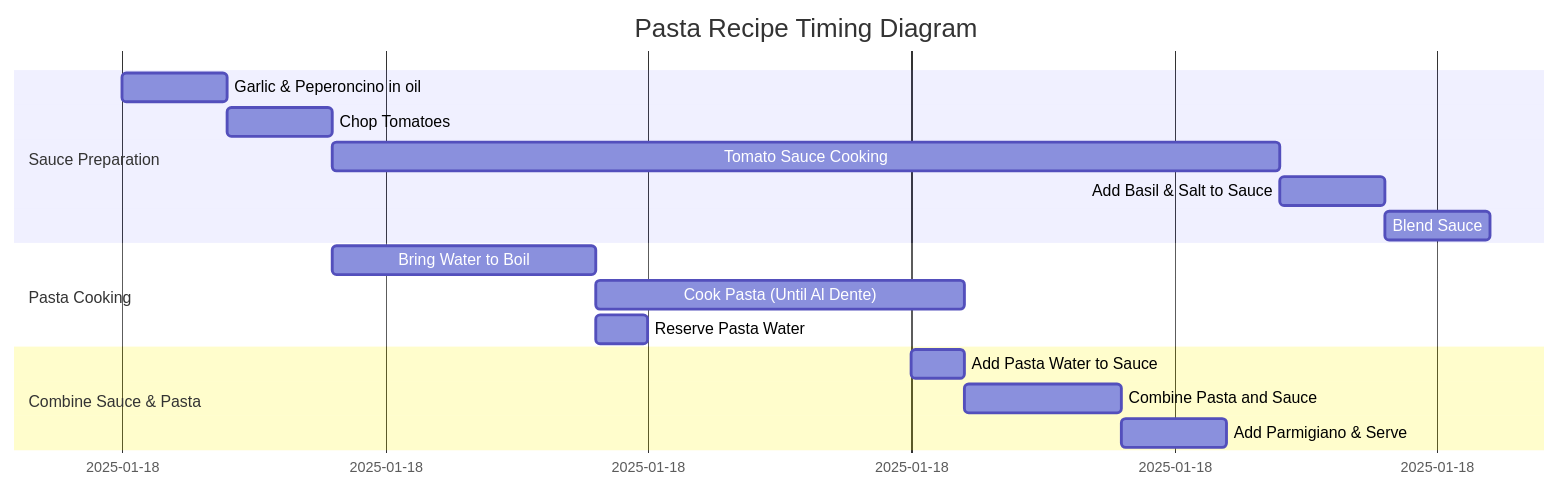
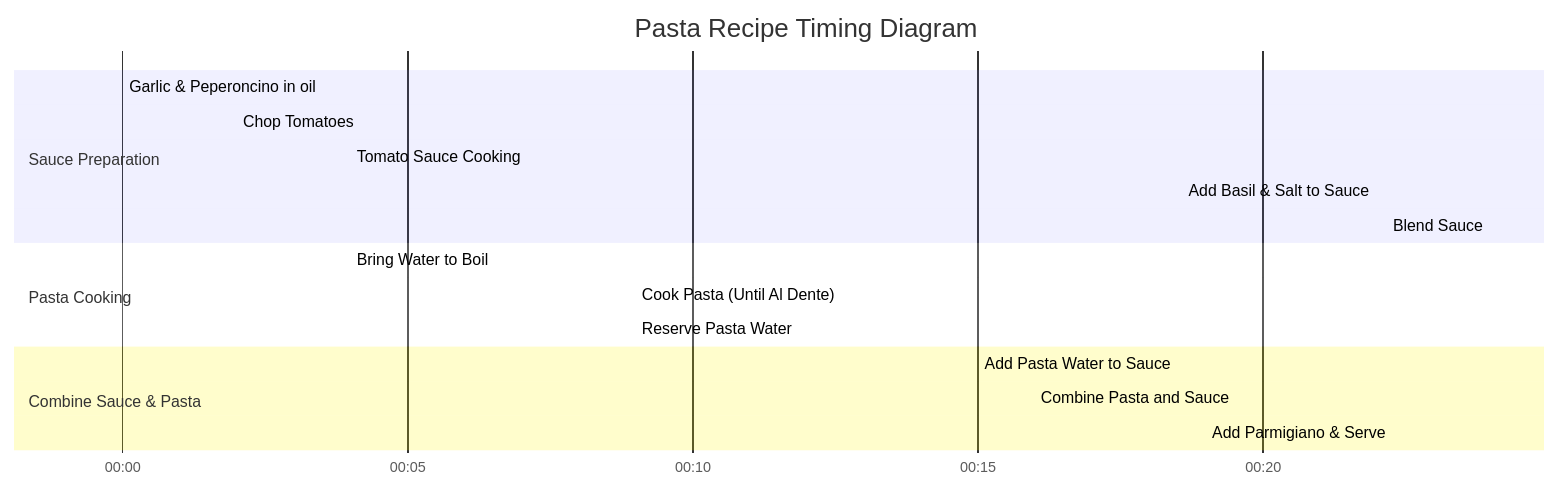
Before and after one commit to pramodhegde/recipes: the diagram in pasta-pomodoro.md, drawn with Mermaid. The commit also changed 2 other files, not shown here.

Commit message:
Fix timimg diagrams to have explicit time intervals (#6)

````diff
--- a/pasta-pomodoro.md
+++ b/pasta-pomodoro.md
@@ -76,21 +76,23 @@
 ```mermaid
 gantt
     title Pasta Recipe Timing Diagram
+
     dateFormat  HH:mm
+    axisFormat  %H:%M
     section Sauce Preparation
-    Garlic & Peperoncino in oil:           00:00, 00:02
-    Chop Tomatoes:                        00:02, 00:04
-    Tomato Sauce Cooking:                 00:04, 00:22
-    Add Basil & Salt to Sauce:            00:22, 00:24
-    Blend Sauce:                          00:24, 00:26
+    Garlic & Peperoncino in oil:       00:00, 00:02  done  t("Cook garlic & peperoncino in oil")
+    Chop Tomatoes:                     00:02, 00:04  done  t("Chop tomatoes")
+    Tomato Sauce Cooking:              00:04, 00:22  active  t("Cook tomato sauce")
+    Add Basil & Salt to Sauce:         00:22, 00:24  done  t("Add basil and salt to sauce")
+    Blend Sauce:                       00:24, 00:26  done  t("Blend sauce")
 
     section Pasta Cooking
-    Bring Water to Boil:                  00:04, 00:09
-    Cook Pasta (Until Al Dente):          00:09, 00:16
-    Reserve Pasta Water:                  00:09, 00:10
+    Bring Water to Boil:               00:04, 00:09  done  t("Bring water to a boil")
+    Cook Pasta (Until Al Dente):       00:09, 00:16  active  t("Cook pasta until al dente")
+    Reserve Pasta Water:               00:09, 00:10  done  t("Reserve pasta water")
 
     section Combine Sauce & Pasta
-    Add Pasta Water to Sauce:            00:15, 00:16
-    Combine Pasta and Sauce:             00:16, 00:19
-    Add Parmigiano & Serve:              00:19, 00:21
+    Add Pasta Water to Sauce:          00:15, 00:16  done  t("Add pasta water to sauce")
+    Combine Pasta and Sauce:           00:16, 00:19  active  t("Combine pasta and sauce")
+    Add Parmigiano & Serve:            00:19, 00:21  done  t("Add parmigiano and serve")
 ```
````
